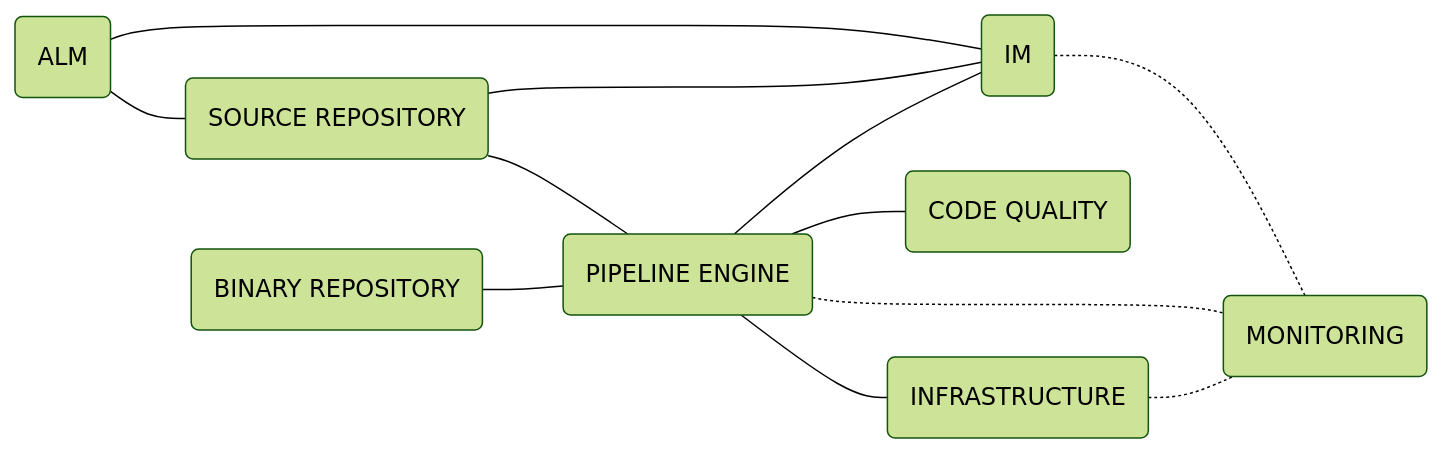
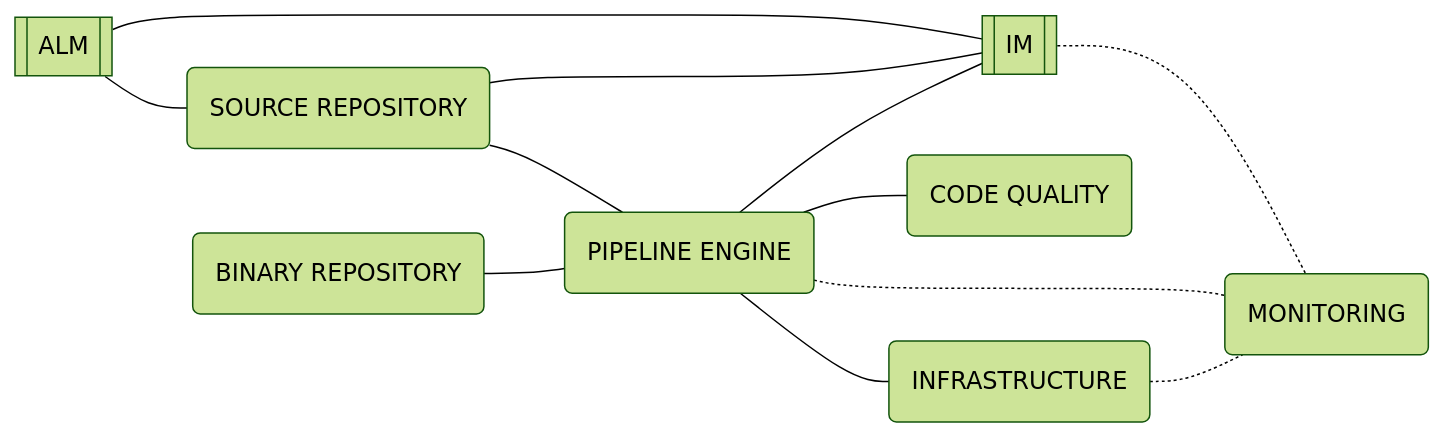
One commit to ContinuousEngineeringProject/ContinuousEngineeringProject.github.io changed the diagram in docs/factory_components.md. Above: the diagram before and after it, drawn with Mermaid (forest theme).

Commit message:
docs: update the component architecture

````diff
--- a/docs/factory_components.md
+++ b/docs/factory_components.md
@@ -4,21 +4,23 @@
 ```mermaid
 flowchart LR
   id1(PIPELINE ENGINE)
   id2(SOURCE REPOSITORY)
   id3(BINARY REPOSITORY)
-  id4(IM)
+  id4[[IM]]
   id5(CODE QUALITY)
-  id6(ALM)
+  id6[[ALM]]
   id7(INFRASTRUCTURE)
   id8(MONITORING)
+  
+  click id1 "https://github.com/ContinuousEngineeringProject/ContinuousEngineeringProject.github.io/tree/main/docs/factory_components.md#pipeline-engine"
   
   id6 --- id2 & id4
   id2 --- id1 & id4
   id3 --- id1
   id1 --- id4 & id5 & id7
   
   id4 -.- id8
   id1 -.- id8
   id7 -.- id8
   
 ```
````
